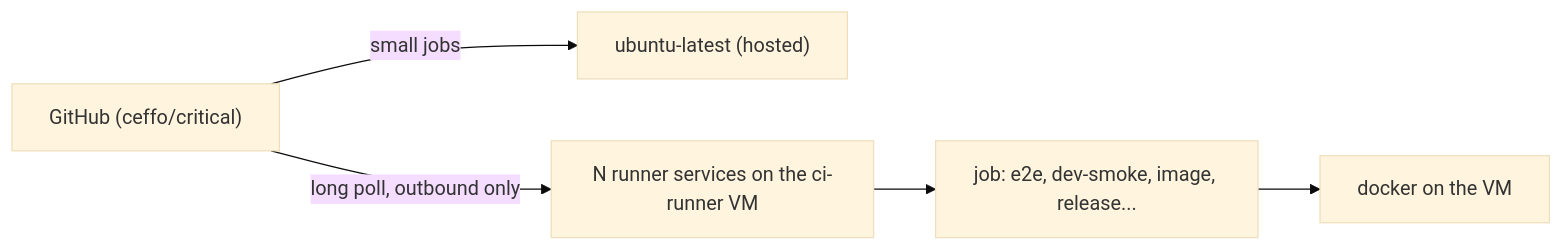
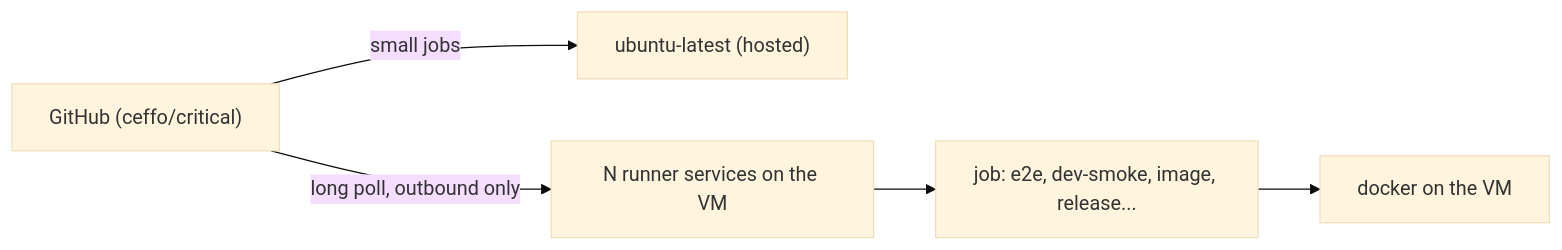
The diagram in docs/ci-runner.md (ceffo/critical), drawn with Mermaid (base theme) before and after one commit. The commit also changed other lines of this file and 1 other file, not shown here.

First line of the commit message:
docs(ci): remove homelab specifics from the public CI runner doc (CRI-335) (#695)

````diff
--- a/docs/ci-runner.md
+++ b/docs/ci-runner.md
@@ -19,7 +19,7 @@
 ```mermaid
 flowchart LR
     GH["GitHub (ceffo/critical)"] -->|"small jobs"| H["ubuntu-latest (hosted)"]
-    GH -->|"long poll, outbound only"| R["N runner services on the ci-runner VM"]
+    GH -->|"long poll, outbound only"| R["N runner services on the VM"]
     R --> J["job: e2e, dev-smoke, image, release..."]
     J --> D["docker on the VM"]
 ```
````
